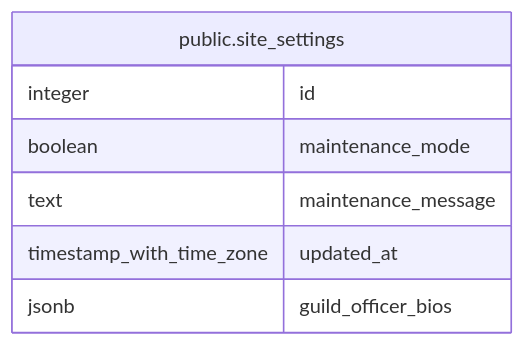
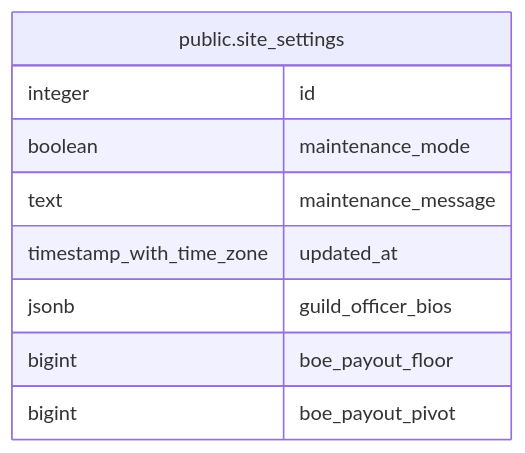
The diagram in dbdoc/public.site_settings.md (katogaming88/Phoenix-Roster), drawn with Mermaid before and after one commit. The commit also changed other lines of this file and 23 other files, not shown here.

First line of the commit message:
Add the BoE tracker backend: schema, lifecycle RPCs, and RLS (#753)

````diff
--- a/dbdoc/public.site_settings.md
+++ b/dbdoc/public.site_settings.md
@@ -27,12 +31,14 @@
 ```mermaid
 erDiagram
 
 
 "public.site_settings" {
   integer id
   boolean maintenance_mode
   text maintenance_message
   timestamp_with_time_zone updated_at
   jsonb guild_officer_bios
+  bigint boe_payout_floor
+  bigint boe_payout_pivot
 }
 ```
````
